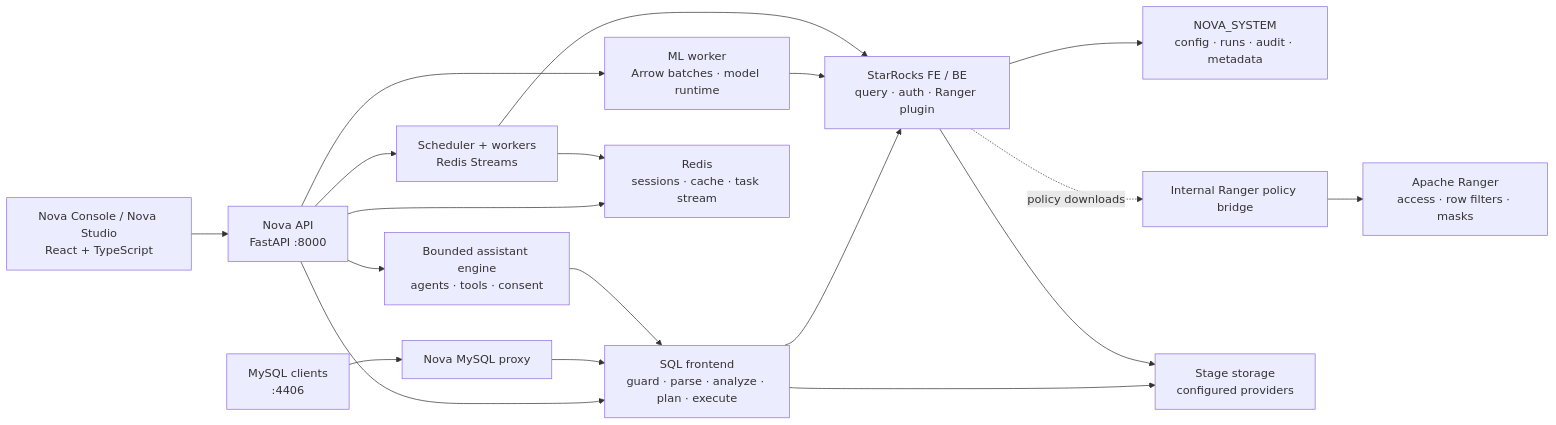
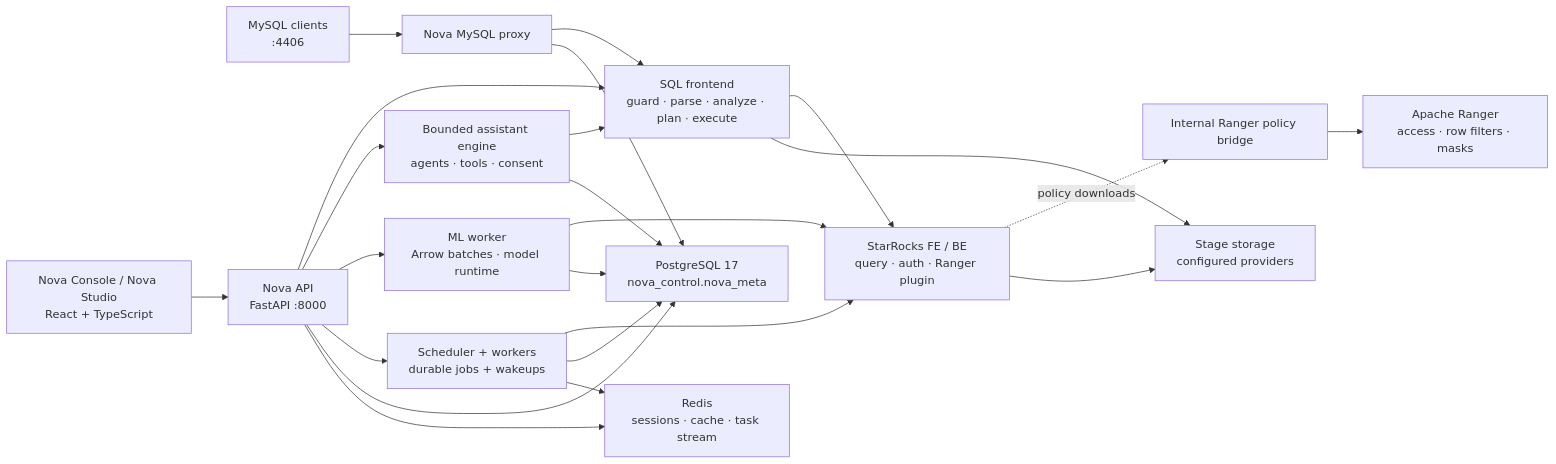
The diagram in README.md (dwickyfp/nova), drawn with Mermaid before and after one commit. The commit also changed other lines of this file and 983 other files, not shown here.

First line of the commit message:
Migrate Nova control metadata to PostgreSQL and separate workload processes (#225)

````diff
--- a/README.md
+++ b/README.md
@@ -240,36 +240,40 @@
 ```mermaid
 flowchart LR
     Web["Nova Console / Nova Studio<br/>React + TypeScript"]
     Client["MySQL clients<br/>:4406"]
     API["Nova API<br/>FastAPI :8000"]
     Proxy["Nova MySQL proxy"]
     SQL["SQL frontend<br/>guard · parse · analyze · plan · execute"]
     Agent["Bounded assistant engine<br/>agents · tools · consent"]
     ML["ML worker<br/>Arrow batches · model runtime"]
-    Tasks["Scheduler + workers<br/>Redis Streams"]
+    Tasks["Scheduler + workers<br/>durable jobs + wakeups"]
     FE["StarRocks FE / BE<br/>query · auth · Ranger plugin"]
-    System["NOVA_SYSTEM<br/>config · runs · audit · metadata"]
+    System["PostgreSQL 17<br/>nova_control.nova_meta"]
     Redis["Redis<br/>sessions · cache · task stream"]
     Bridge["Internal Ranger policy bridge"]
     Ranger["Apache Ranger<br/>access · row filters · masks"]
     Stage["Stage storage<br/>configured providers"]
 
     Web --> API
     Client --> Proxy
     API --> SQL
     Proxy --> SQL
     API --> Agent
     Agent --> SQL
     API --> ML
     API --> Tasks
     SQL --> FE
     ML --> FE
     Tasks --> FE
-    FE --> System
+    API --> System
+    Proxy --> System
+    Agent --> System
+    ML --> System
+    Tasks --> System
     API --> Redis
     Tasks --> Redis
     FE -.->|policy downloads| Bridge
     Bridge --> Ranger
     SQL --> Stage
     FE --> Stage
 ```
````
